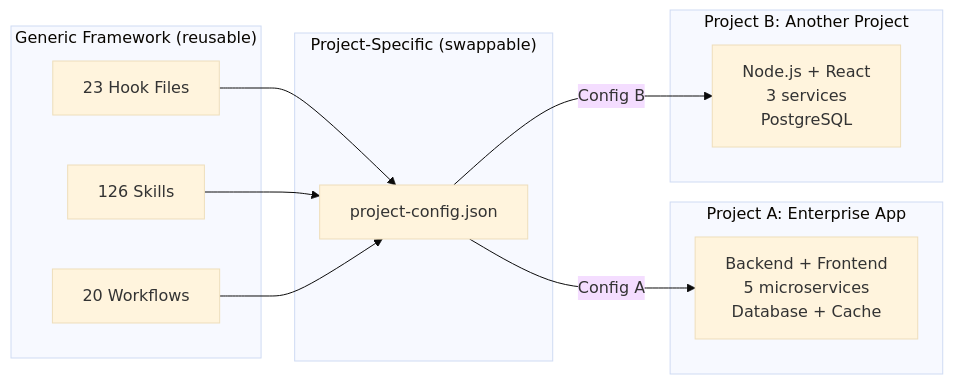
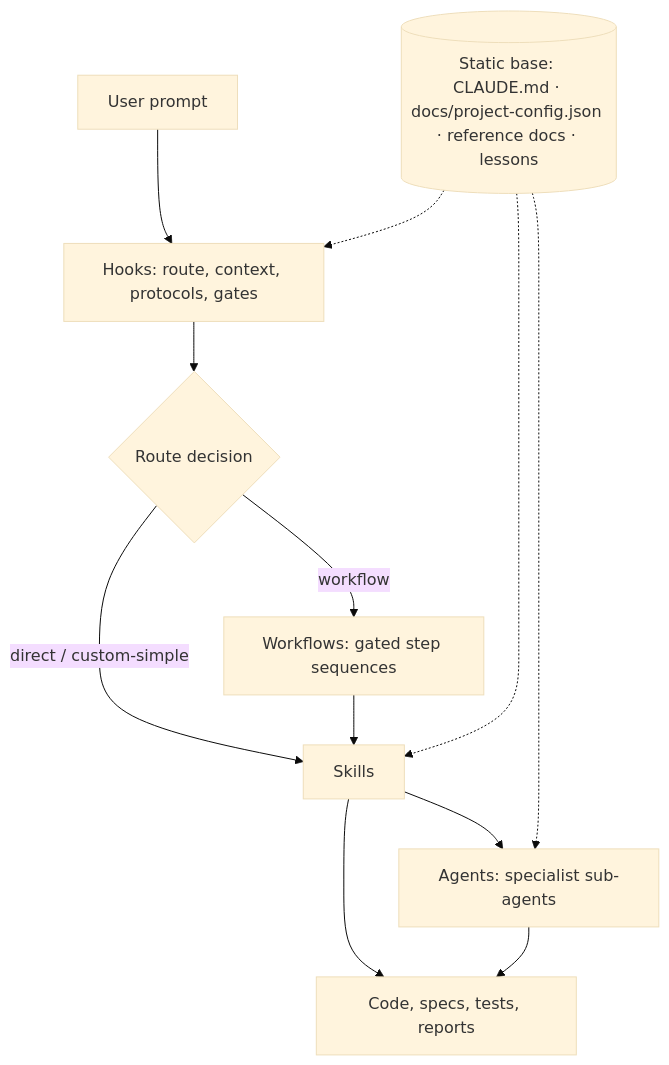
One commit to duc01226/easy-claude changed the diagram in .claude/docs/claude-ai-agent-framework-guide.md. Above: the diagram before and after it, drawn with Mermaid (base theme). The commit also changed other lines of this file and 183 other files, not shown here.

````diff
--- a/.claude/docs/claude-ai-agent-framework-guide.md
+++ b/.claude/docs/claude-ai-agent-framework-guide.md
@@ -918,24 +61,11 @@
 ```mermaid
-graph LR
-    subgraph "Generic Framework (reusable)"
-        H[23 Hook Files]
-        S[126 Skills]
-        W[20 Workflows]
-    end
-
-    subgraph "Project-Specific (swappable)"
-        PC[project-config.json]
-    end
-
-    subgraph "Project A: Enterprise App"
-        PA[Backend + Frontend<br/>5 microservices<br/>Database + Cache]
-    end
-
-    subgraph "Project B: Another Project"
-        PB[Node.js + React<br/>3 services<br/>PostgreSQL]
-    end
-
-    H & S & W --> PC
-    PC -->|Config A| PA
-    PC -->|Config B| PB
+flowchart TB
+  U[User prompt] --> H[Hooks: route, context, protocols, gates]
+  H --> R{Route decision}
+  R -->|direct / custom-simple| S[Skills]
+  R -->|workflow| W[Workflows: gated step sequences]
+  W --> S
+  S --> A[Agents: specialist sub-agents]
+  S & A --> O[Code, specs, tests, reports]
+  B[(Static base: CLAUDE.md · docs/project-config.json · reference docs · lessons)] -.-> H & S & A
 ```
````
